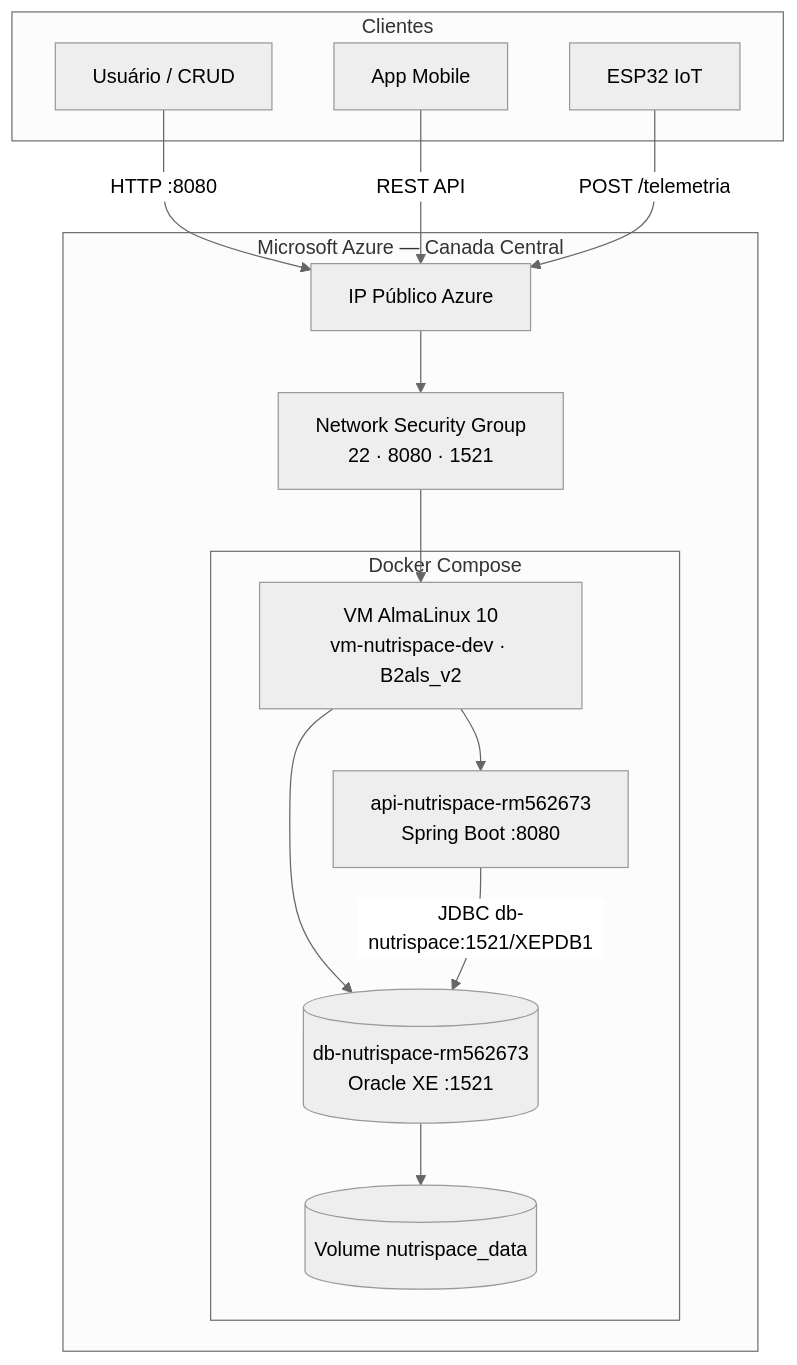
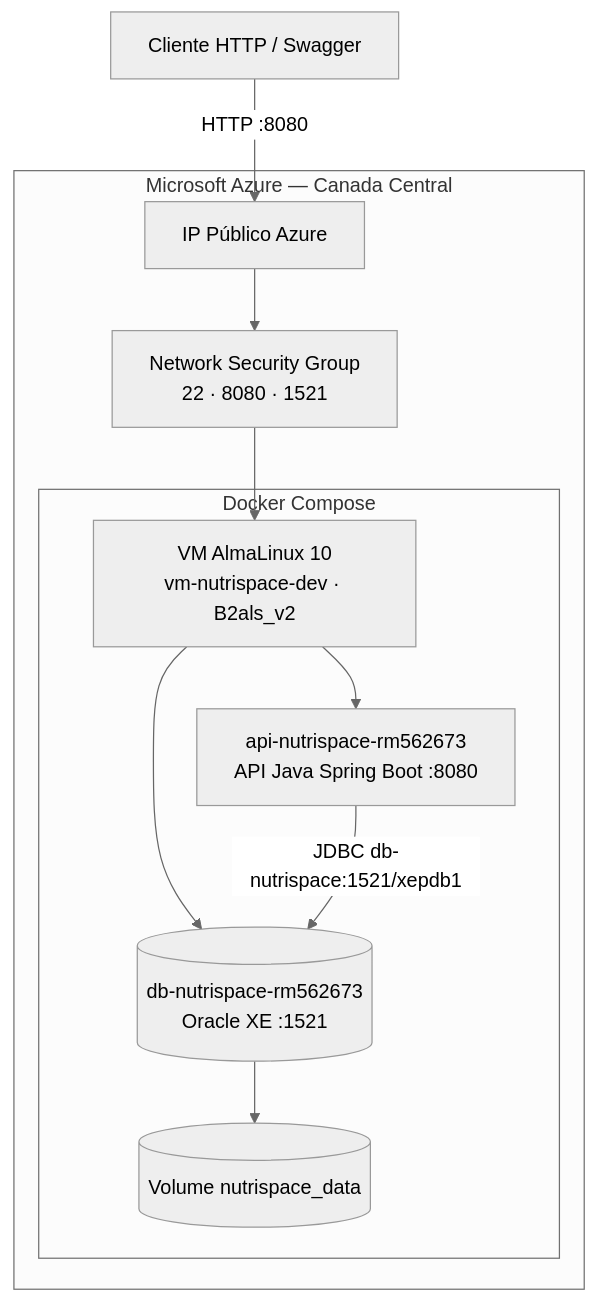
Before and after one commit to GuuiSOares/nutrispace-devops: the diagram in README.md, drawn with Mermaid (neutral theme). The commit also changed other lines of this file and 1 other file, not shown here.

````diff
--- a/README.md
+++ b/README.md
@@ -35,24 +31,16 @@
 ```mermaid
 flowchart TB
-    subgraph Clientes["Clientes"]
-        U[Usuário / CRUD]
-        M[App Mobile]
-        I[ESP32 IoT]
-    end
-
-    U -->|HTTP :8080| IP[IP Público Azure]
-    M -->|REST API| IP
-    I -->|POST /telemetria| IP
+    Cliente[Cliente HTTP / Swagger] -->|HTTP :8080| IP[IP Público Azure]
 
     subgraph Azure["Microsoft Azure — Canada Central"]
         IP --> NSG[Network Security Group<br/>22 · 8080 · 1521]
         NSG --> VM[VM AlmaLinux 10<br/>vm-nutrispace-dev · B2als_v2]
 
         subgraph Docker["Docker Compose"]
-            VM --> API[api-nutrispace-rm562673<br/>Spring Boot :8080]
+            VM --> API[api-nutrispace-rm562673<br/>API Java Spring Boot :8080]
             VM --> DB[(db-nutrispace-rm562673<br/>Oracle XE :1521)]
-            API -->|JDBC db-nutrispace:1521/XEPDB1| DB
+            API -->|JDBC db-nutrispace:1521/xepdb1| DB
             DB --> VOL[(Volume nutrispace_data)]
         end
     end
 ```
````
